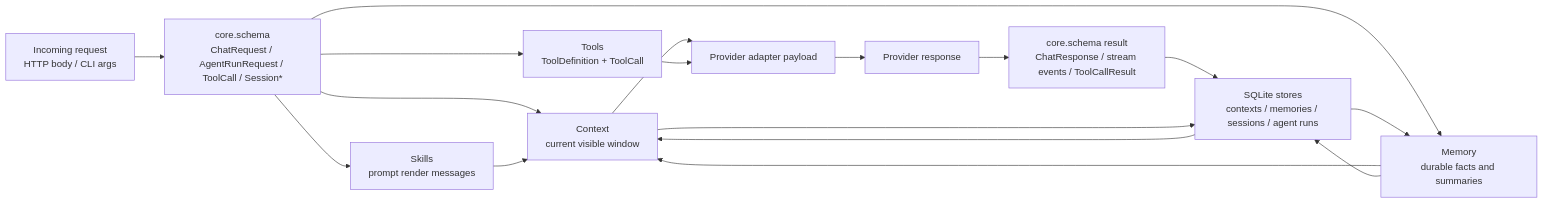
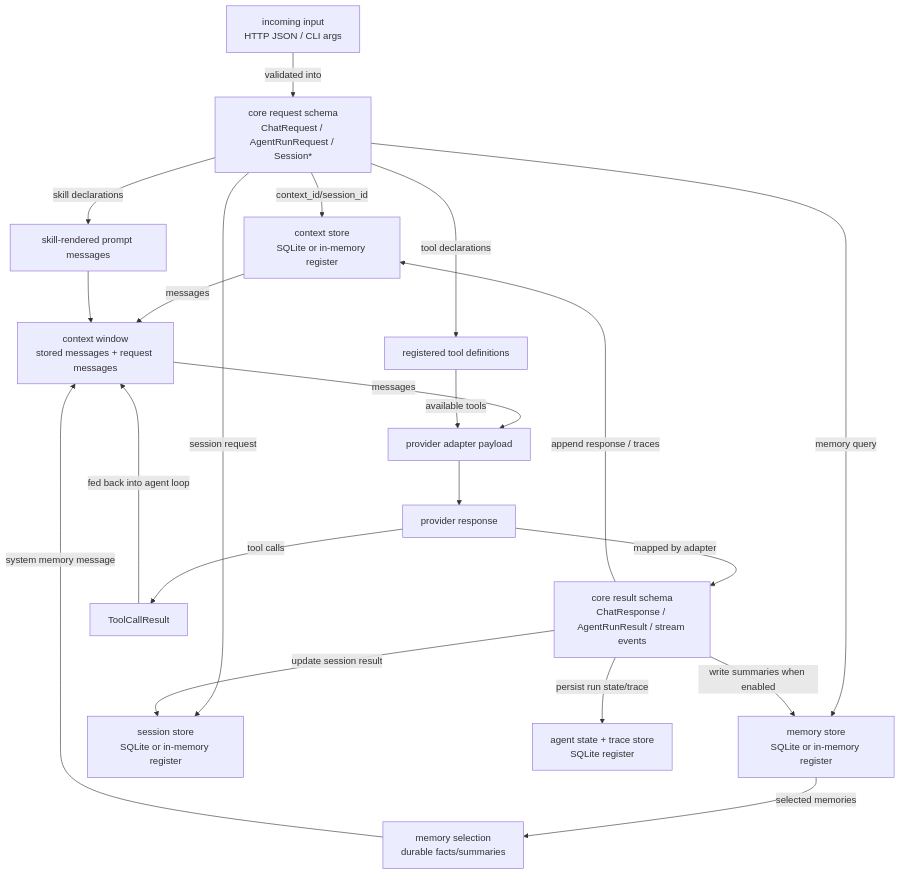
The fourth of 6 diagrams in docs/architecture-diagrams.md (Evernight275/EvernightAI), drawn with Mermaid before and after one commit. The commit also changed other lines of this file, not shown here.

Commit message:
Clarify architecture diagram views

````diff
--- a/docs/architecture-diagrams.md
+++ b/docs/architecture-diagrams.md
@@ -231,33 +183,46 @@
 ```mermaid
-flowchart LR
-    Request["Incoming request<br/>HTTP body / CLI args"]
-    CoreSchema["core.schema<br/>ChatRequest / AgentRunRequest / ToolCall / Session*"]
-    Context["Context<br/>current visible window"]
-    Memory["Memory<br/>durable facts and summaries"]
-    Skills["Skills<br/>prompt render messages"]
-    Tools["Tools<br/>ToolDefinition + ToolCall"]
-    ProviderPayload["Provider adapter payload"]
-    ProviderResponse["Provider response"]
-    Normalized["core.schema result<br/>ChatResponse / stream events / ToolCallResult"]
-    Stores["SQLite stores<br/>contexts / memories / sessions / agent runs"]
+flowchart TD
+    Input["incoming input<br/>HTTP JSON / CLI args"]
+    RequestSchema["core request schema<br/>ChatRequest / AgentRunRequest / Session*"]
 
-    Request --> CoreSchema
-    CoreSchema --> Context
-    CoreSchema --> Memory
-    CoreSchema --> Skills
-    CoreSchema --> Tools
+    ContextStore["context store<br/>SQLite or in-memory register"]
+    MemoryStore["memory store<br/>SQLite or in-memory register"]
+    SessionStore["session store<br/>SQLite or in-memory register"]
+    AgentStore["agent state + trace store<br/>SQLite register"]
 
-    Memory --> Context
-    Skills --> Context
-    Context --> ProviderPayload
-    Tools --> ProviderPayload
+    ContextWindow["context window<br/>stored messages + request messages"]
+    MemorySelection["memory selection<br/>durable facts/summaries"]
+    SkillMessages["skill-rendered prompt messages"]
+    ToolDefinitions["registered tool definitions"]
 
+    ProviderPayload["provider adapter payload"]
+    ProviderResponse["provider response"]
+    CoreResult["core result schema<br/>ChatResponse / AgentRunResult / stream events"]
+    ToolResults["ToolCallResult"]
+
+    Input -- "validated into" --> RequestSchema
+
+    RequestSchema -- "context_id/session_id" --> ContextStore
+    RequestSchema -- "memory query" --> MemoryStore
+    RequestSchema -- "session request" --> SessionStore
+
+    ContextStore -- "messages" --> ContextWindow
+    MemoryStore -- "selected memories" --> MemorySelection
+    MemorySelection -- "system memory message" --> ContextWindow
+    RequestSchema -- "skill declarations" --> SkillMessages
+    SkillMessages --> ContextWindow
+    RequestSchema -- "tool declarations" --> ToolDefinitions
+
+    ContextWindow -- "messages" --> ProviderPayload
+    ToolDefinitions -- "available tools" --> ProviderPayload
     ProviderPayload --> ProviderResponse
-    ProviderResponse --> Normalized
+    ProviderResponse -- "mapped by adapter" --> CoreResult
 
-    Normalized --> Stores
-    Context --> Stores
-    Memory --> Stores
-    Stores --> Context
-    Stores --> Memory
+    ProviderResponse -- "tool calls" --> ToolResults
+    ToolResults -- "fed back into agent loop" --> ContextWindow
+
+    CoreResult -- "append response / traces" --> ContextStore
+    CoreResult -- "write summaries when enabled" --> MemoryStore
+    CoreResult -- "update session result" --> SessionStore
+    CoreResult -- "persist run state/trace" --> AgentStore
 ```
````
